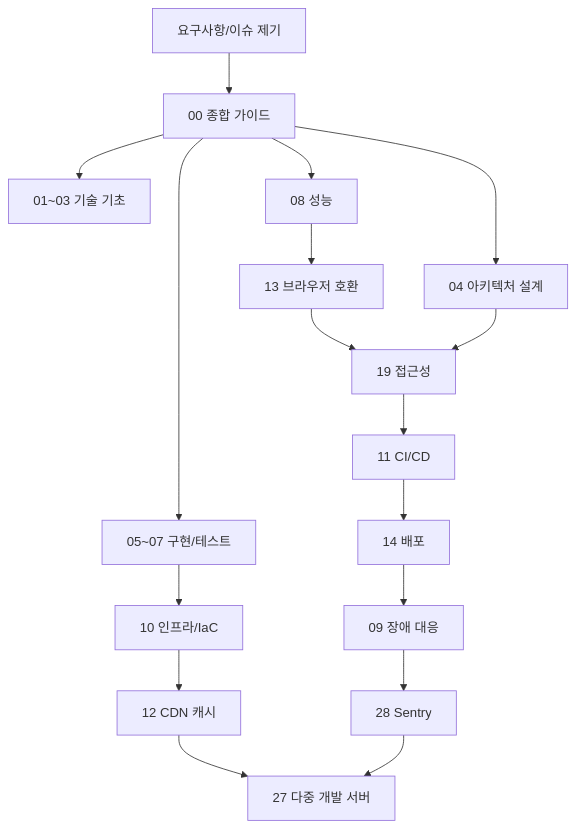
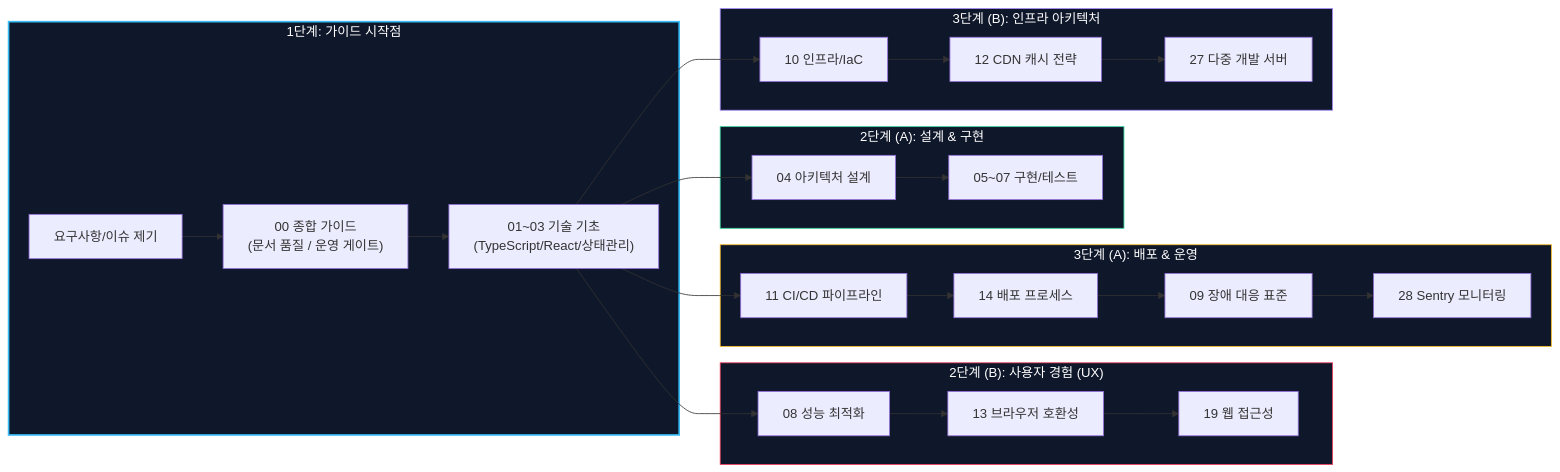
One commit to blue45f/heejun changed the fifth of 9 diagrams in public/개발가이드/00_종합_가이드_목차.md. Above: the diagram before and after it, drawn with Mermaid. The commit also changed other lines of this file and 1 other file, not shown here.

Commit message:
style(guide): improve diagram structure with subgraphs and styled LR layouts

````diff
--- a/public/개발가이드/00_종합_가이드_목차.md
+++ b/public/개발가이드/00_종합_가이드_목차.md
@@ -274,21 +281,38 @@
 ```mermaid
-flowchart TD
-  A["요구사항/이슈 제기"]
-  B["00 종합 가이드"]
-  A --> B
-  B --> C["01~03 기술 기초"]
-  B --> D["04 아키텍처 설계"]
-  B --> E["05~07 구현/테스트"]
-  B --> F["08 성능"]
-  F --> G["13 브라우저 호환"]
-  G --> H["19 접근성"]
-  D --> H
-  H --> I["11 CI/CD"]
-  I --> J["14 배포"]
-  J --> K["09 장애 대응"]
-  E --> L["10 인프라/IaC"]
-  L --> M["12 CDN 캐시"]
-  M --> N["27 다중 개발 서버"]
-  K --> O["28 Sentry"]
-  O --> N
+flowchart LR
+  subgraph Entry ["1단계: 가이드 시작점"]
+    A["요구사항/이슈 제기"] --> B["00 종합 가이드<br/>(문서 품질 / 운영 게이트)"]
+    B --> C["01~03 기술 기초<br/>(TypeScript/React/상태관리)"]
+  end
+
+  subgraph TrackA ["2단계 (A): 설계 & 구현"]
+    D["04 아키텍처 설계"] --> E["05~07 구현/테스트"]
+  end
+
+  subgraph TrackB ["2단계 (B): 사용자 경험 (UX)"]
+    F["08 성능 최적화"] --> G["13 브라우저 호환성"]
+    G --> H["19 웹 접근성"]
+  end
+
+  subgraph TrackC ["3단계 (A): 배포 & 운영"]
+    I["11 CI/CD 파이프라인"] --> J["14 배포 프로세스"]
+    J --> K["09 장애 대응 표준"]
+    K --> O["28 Sentry 모니터링"]
+  end
+
+  subgraph TrackD ["3단계 (B): 인프라 아키텍처"]
+    L["10 인프라/IaC"] --> M["12 CDN 캐시 전략"]
+    M --> N["27 다중 개발 서버"]
+  end
+
+  C --> D
+  C --> F
+  C --> I
+  C --> L
+
+  style Entry fill:#0f172a,stroke:#38bdf8,stroke-width:2px,color:#fff
+  style TrackA fill:#0f172a,stroke:#34d399,stroke-width:1px,color:#fff
+  style TrackB fill:#0f172a,stroke:#f43f5e,stroke-width:1px,color:#fff
+  style TrackC fill:#0f172a,stroke:#fbbf24,stroke-width:1px,color:#fff
+  style TrackD fill:#0f172a,stroke:#a78bfa,stroke-width:1px,color:#fff
 ```
````
